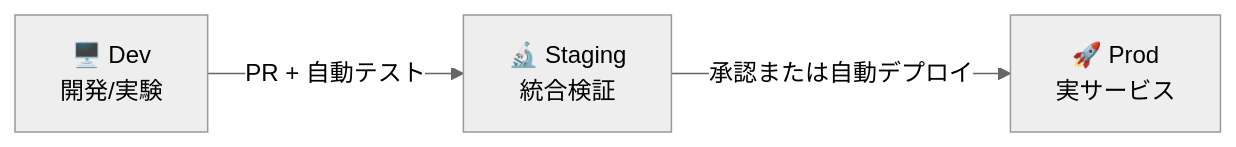
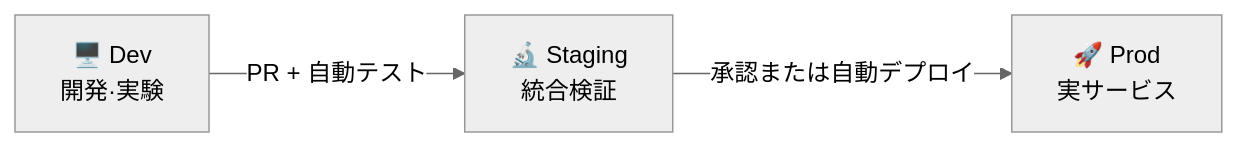
The diagram in src/content/docs/ja/devops/cicd.md (cloudpickr/cloudpick-docs), drawn with Mermaid (neutral theme) before and after one commit. The commit also changed 29 other files, not shown here.

First line of the commit message:
fix: Mermaid 전수조사 — 노드 라벨 슬래시 13건 수정 (ko/en/ja)

````diff
--- a/src/content/docs/ja/devops/cicd.md
+++ b/src/content/docs/ja/devops/cicd.md
@@ -35,9 +35,9 @@
 ```mermaid
 flowchart LR
-    D[🖥️ Dev\n開発/実験]
+    D[🖥️ Dev\n開発·実験]
     S[🔬 Staging\n統合検証]
     P[🚀 Prod\n実サービス]
 
     D -->|PR + 自動テスト| S
     S -->|承認または自動デプロイ| P
 ```
````
